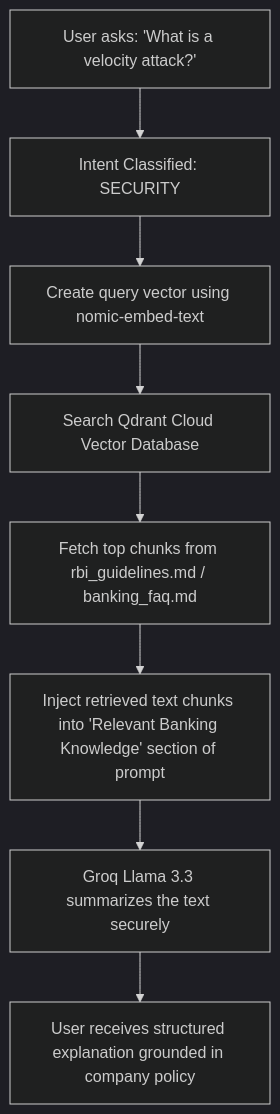
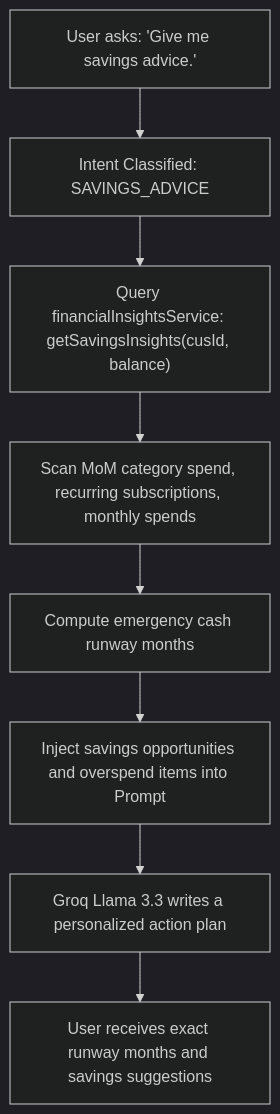
One commit to Aurindom971/WealthWise-app-PSB-Hackathon-2026 changed the second of 2 diagrams in docs/AI_SYSTEM.md. Above: the diagram before and after it, drawn with Mermaid (dark theme). The commit also changed other lines of this file and 12 other files, not shown here.

````diff
--- a/docs/AI_SYSTEM.md
+++ b/docs/AI_SYSTEM.md
@@ -38,11 +39,11 @@
 ```mermaid
 graph TD
-    UserQuery["User asks: 'What is a velocity attack?'"]
-    --> IntentClassify["Intent Classified: SECURITY"]
-    --> EmbedQuery["Create query vector using nomic-embed-text"]
-    --> SearchQdrant["Search Qdrant Cloud Vector Database"]
-    --> RetrieveDocs["Fetch top chunks from rbi_guidelines.md / banking_faq.md"]
-    --> AssemblePrompt["Inject retrieved text chunks into 'Relevant Banking Knowledge' section of prompt"]
-    --> LLM["Groq Llama 3.3 summarizes the text securely"]
-    --> Reply["User receives structured explanation grounded in company policy"]
+    UserQuery["User asks: 'Give me savings advice.'"]
+    --> IntentClassify["Intent Classified: SAVINGS_ADVICE"]
+    --> InsightsService["Query financialInsightsService: getSavingsInsights(cusId, balance)"]
+    --> DBQuery["Scan MoM category spend, recurring subscriptions, monthly spends"]
+    --> CompileRunway["Compute emergency cash runway months"]
+    --> BuildPrompt["Inject savings opportunities and overspend items into Prompt"]
+    --> LLM["Groq Llama 3.3 writes a personalized action plan"]
+    --> Reply["User receives exact runway months and savings suggestions"]
 ```
````
